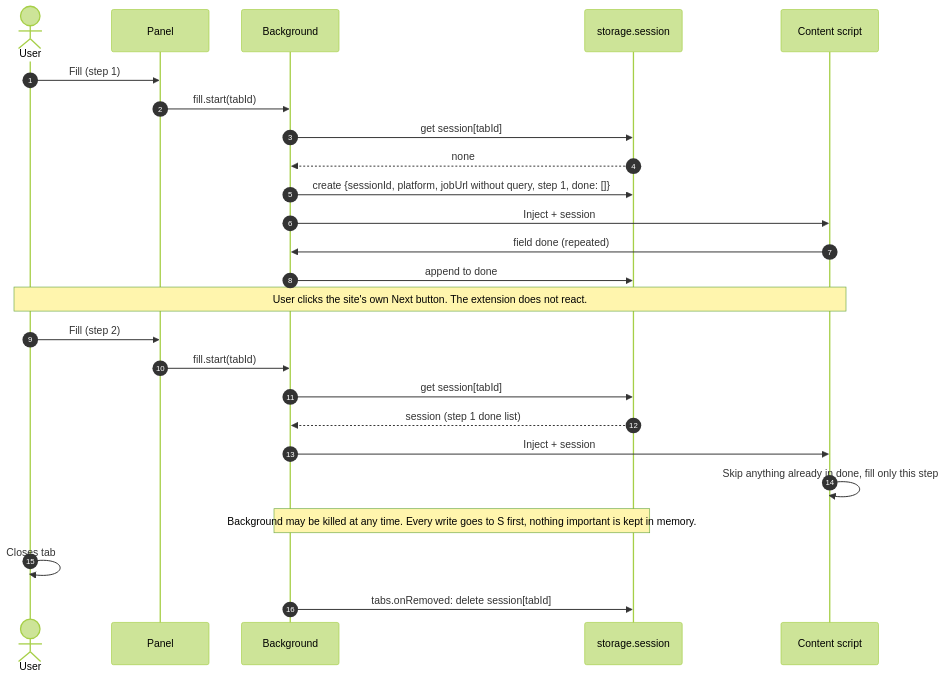
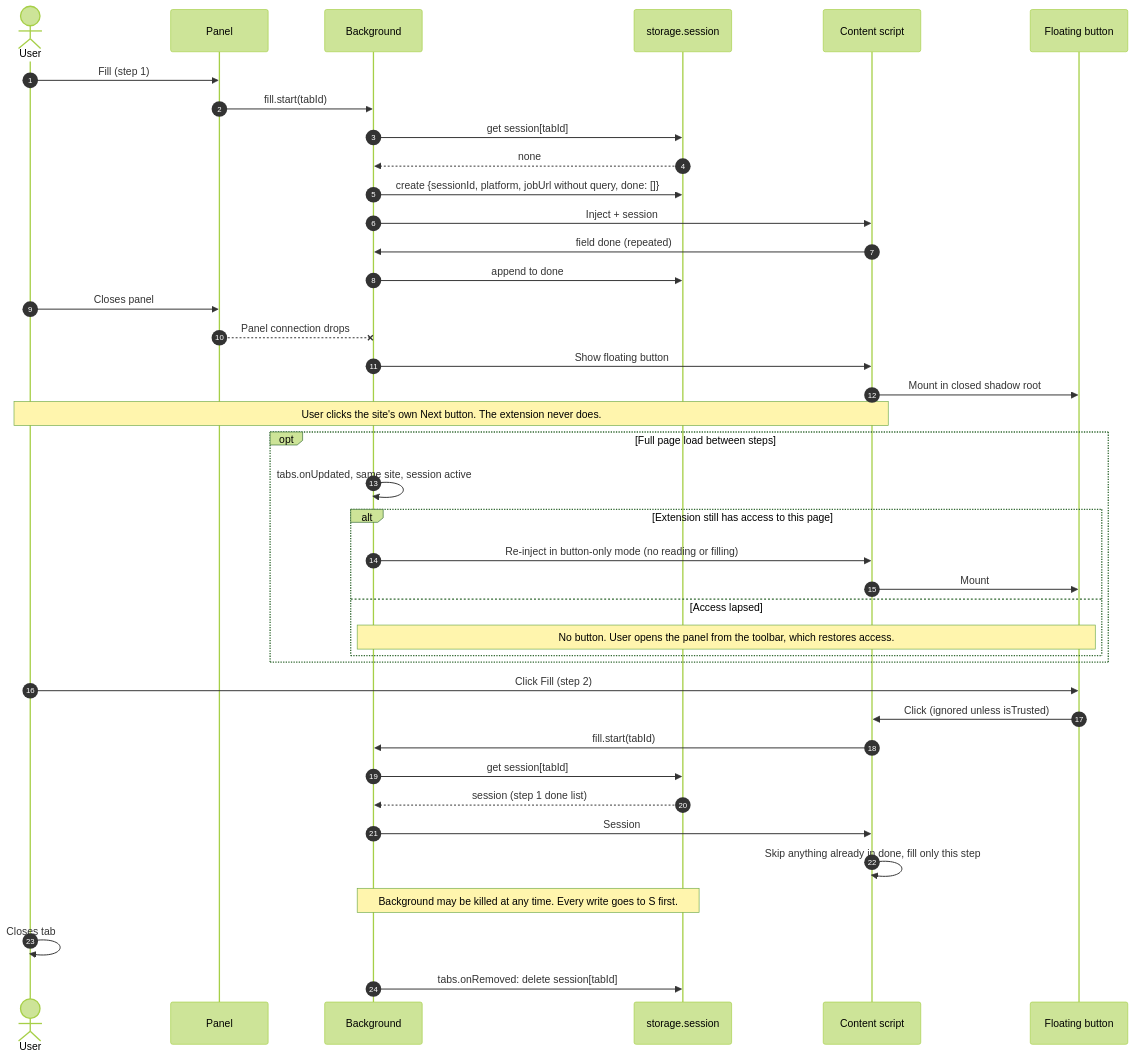
The fourth of 6 diagrams in docs/architecture.md (mustaphi-dev/cv-autofill), drawn with Mermaid (forest theme) before and after one commit. The commit also changed other lines of this file and 3 other files, not shown here.

````diff
--- a/docs/architecture.md
+++ b/docs/architecture.md
@@ -140,28 +154,43 @@
 ```mermaid
 sequenceDiagram
     autonumber
     actor U as User
     participant P as Panel
     participant B as Background
     participant S as storage.session
     participant C as Content script
+    participant F as Floating button
 
     U->>P: Fill (step 1)
     P->>B: fill.start(tabId)
     B->>S: get session[tabId]
     S-->>B: none
-    B->>S: create {sessionId, platform, jobUrl without query, step 1, done: []}
+    B->>S: create {sessionId, platform, jobUrl without query, done: []}
     B->>C: Inject + session
     C->>B: field done (repeated)
     B->>S: append to done
-    Note over U,C: User clicks the site's own Next button. The extension does not react.
-    U->>P: Fill (step 2)
-    P->>B: fill.start(tabId)
+    U->>P: Closes panel
+    P--xB: Panel connection drops
+    B->>C: Show floating button
+    C->>F: Mount in closed shadow root
+    Note over U,C: User clicks the site's own Next button. The extension never does.
+    opt Full page load between steps
+        B->>B: tabs.onUpdated, same site, session active
+        alt Extension still has access to this page
+            B->>C: Re-inject in button-only mode (no reading or filling)
+            C->>F: Mount
+        else Access lapsed
+            Note over B,F: No button. User opens the panel from the toolbar, which restores access.
+        end
+    end
+    U->>F: Click Fill (step 2)
+    F->>C: Click (ignored unless isTrusted)
+    C->>B: fill.start(tabId)
     B->>S: get session[tabId]
     S-->>B: session (step 1 done list)
-    B->>C: Inject + session
+    B->>C: Session
     C->>C: Skip anything already in done, fill only this step
-    Note over B,S: Background may be killed at any time. Every write goes to S first, nothing important is kept in memory.
+    Note over B,S: Background may be killed at any time. Every write goes to S first.
     U->>U: Closes tab
     B->>S: tabs.onRemoved: delete session[tabId]
 ```
````
